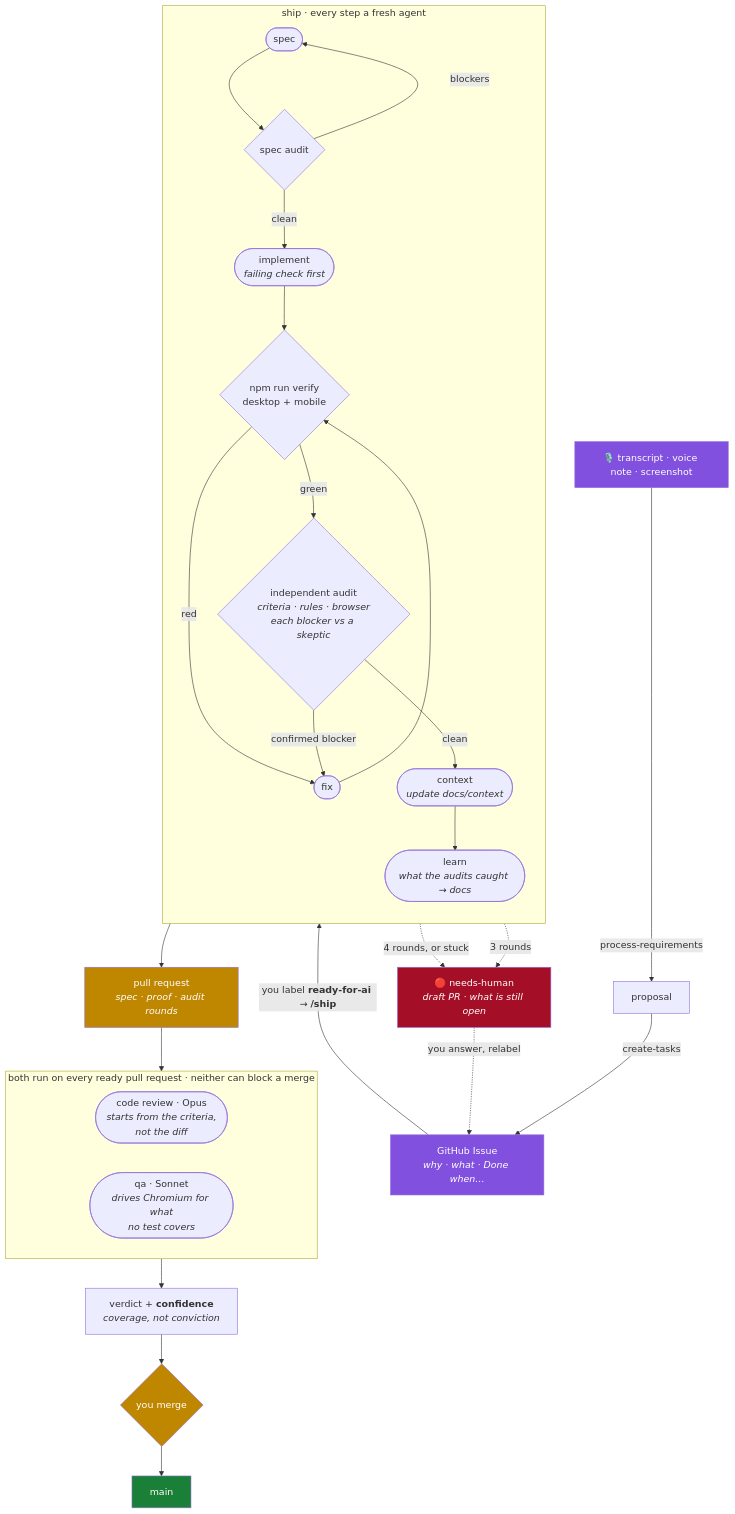
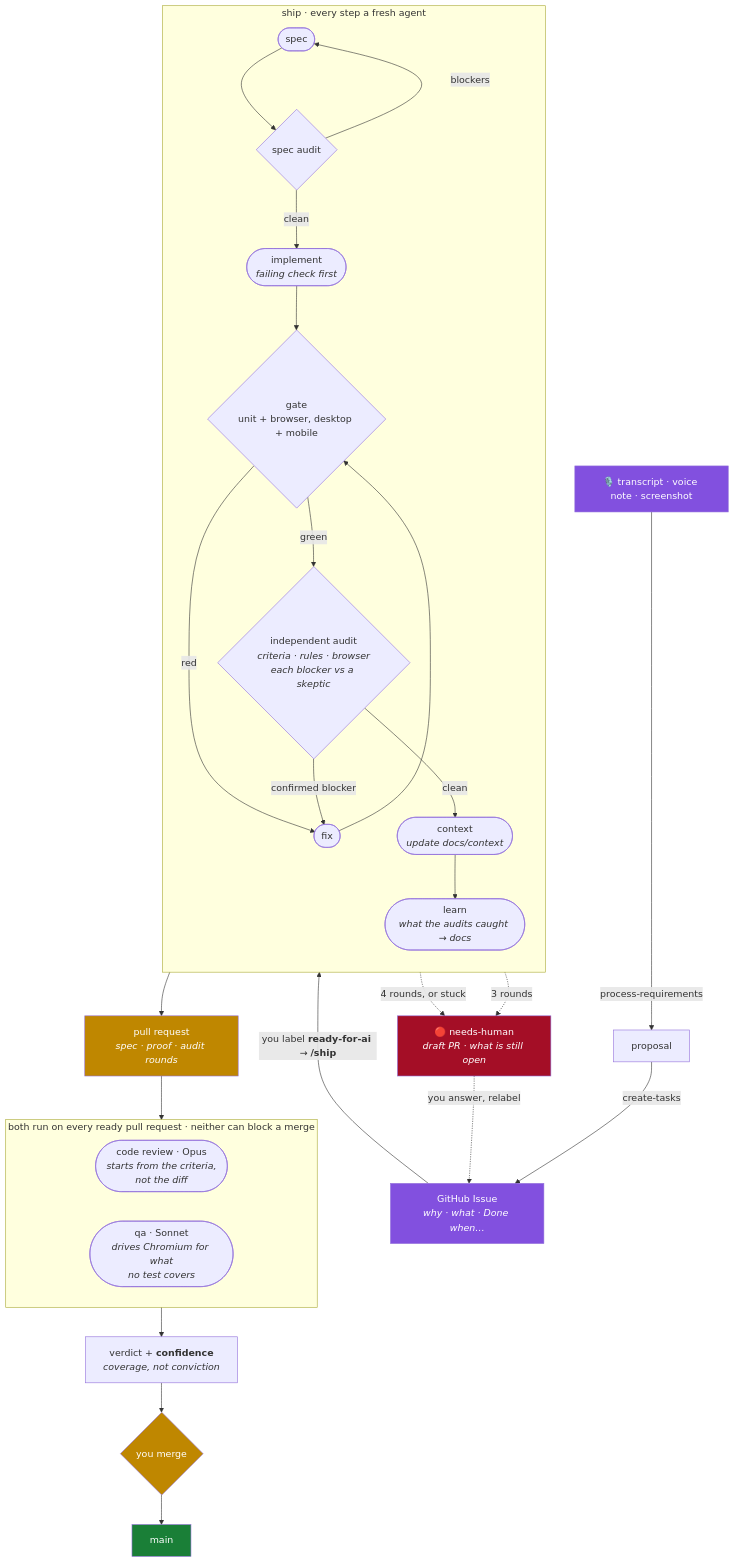
The first of 2 diagrams in README.md (EqualExperts/nam-2026-conference), drawn with Mermaid before and after one commit. The commit also changed other lines of this file and 7 other files, not shown here.

````diff
--- a/README.md
+++ b/README.md
@@ -33,51 +33,51 @@
 ```mermaid
 flowchart TB
     V["🎙️ transcript · voice note · screenshot"]
     P["proposal"]
     I["GitHub Issue<br/><i>why · what · Done when…</i>"]
     NH["🔴 needs-human<br/><i>draft PR · what is still open</i>"]
     PR["pull request<br/><i>spec · proof · audit rounds</i>"]
     V2["verdict + <b>confidence</b><br/><i>coverage, not conviction</i>"]
     H{"you merge"}
     M["main"]
 
     V -->|process-requirements| P
     P -->|create-tasks| I
     I -->|"you label <b>ready-for-ai</b> → <b>/ship</b>"| SP
 
     subgraph ship["ship · every step a fresh agent"]
         direction TB
         SP(["spec"]) --> SA{"spec audit"}
         SA -->|blockers| SP
         SA -->|clean| IM(["implement<br/><i>failing check first</i>"])
-        IM --> VF{"npm run verify<br/>desktop + mobile"}
+        IM --> VF{"gate<br/>unit + browser, desktop + mobile"}
         VF -->|green| CA{"independent audit<br/><i>criteria · rules · browser<br/>each blocker vs a skeptic</i>"}
         VF -->|red| FX(["fix"])
         CA -->|confirmed blocker| FX
         FX --> VF
         CA -->|clean| CX(["context<br/><i>update docs/context</i>"])
         CX --> LN(["learn<br/><i>what the audits caught → docs</i>"])
     end
 
     SA -.->|3 rounds| NH
     FX -.->|"4 rounds, or stuck"| NH
     NH -.->|you answer, relabel| I
     LN --> PR
     PR --> gates
     gates --> V2
     V2 --> H
     H --> M
 
     subgraph gates["both run on every ready pull request · neither can block a merge"]
         direction LR
         CR(["code review · Opus<br/><i>starts from the criteria,<br/>not the diff</i>"])
         QA(["qa · Sonnet<br/><i>drives Chromium for what<br/>no test covers</i>"])
     end
 
     style V fill:#8250DF,color:#fff
     style I fill:#8250DF,color:#fff
     style NH fill:#A40E26,color:#fff
     style PR fill:#BF8700,color:#fff
     style H fill:#BF8700,color:#fff
     style M fill:#1A7F37,color:#fff
 ```
````
